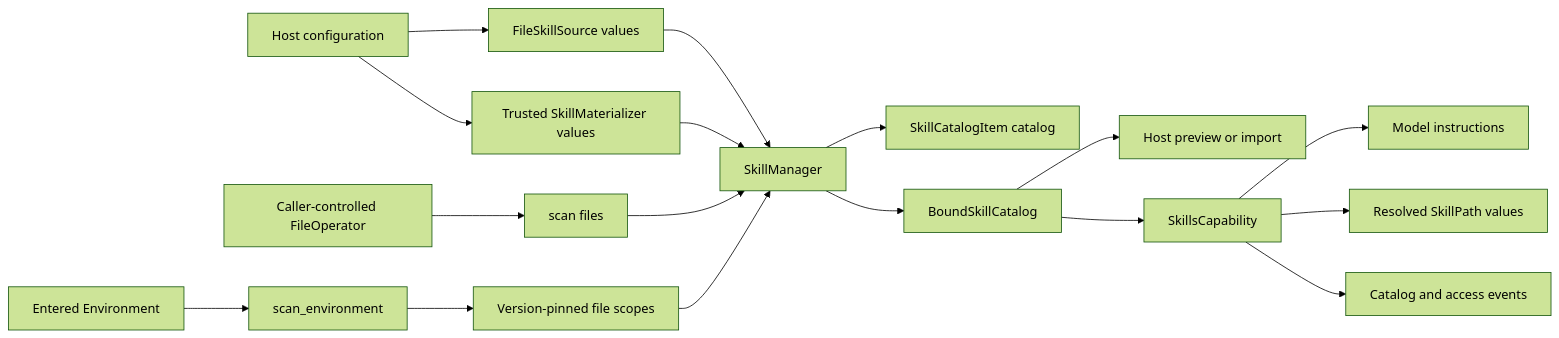
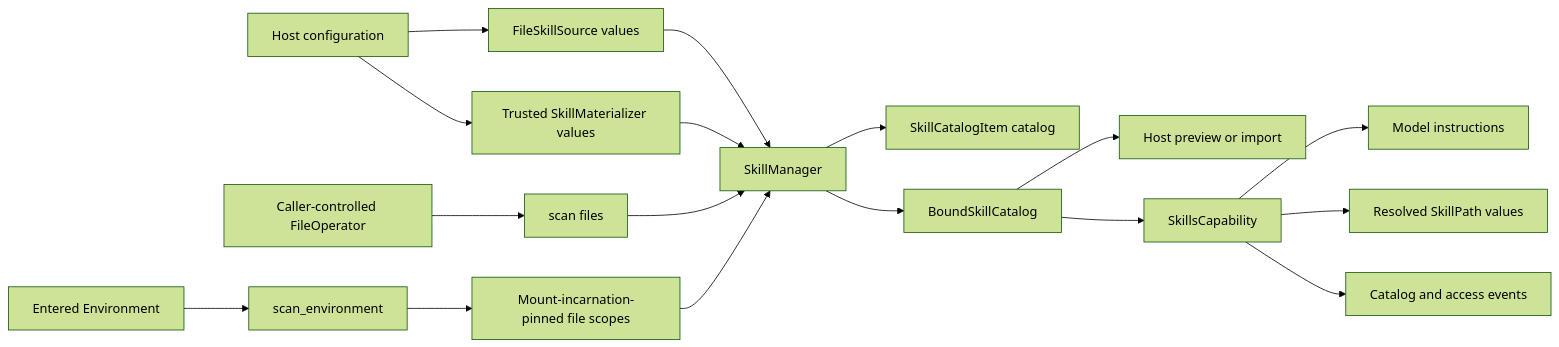
One commit to LTThreeComma/agent-foundation changed the diagram in docs/agent-harness/skills.md. Above: the diagram before and after it, drawn with Mermaid (forest theme). The commit also changed other lines of this file and 135 other files, not shown here.

````diff
--- a/docs/agent-harness/skills.md
+++ b/docs/agent-harness/skills.md
@@ -14,22 +14,22 @@
 ```mermaid
 flowchart LR
     Host[Host configuration] --> Sources[FileSkillSource values]
     Host --> Materializers[Trusted SkillMaterializer values]
     Sources --> Manager[SkillManager]
     Materializers --> Manager
 
     Direct[Caller-controlled FileOperator] --> DirectScan[scan files]
     DirectScan --> Manager
     Manager --> Catalog[SkillCatalogItem catalog]
 
     Environment[Entered Environment] --> BoundScan[scan_environment]
-    BoundScan --> Scopes[Version-pinned file scopes]
+    BoundScan --> Scopes[Mount-incarnation-pinned file scopes]
     Scopes --> Manager
     Manager --> BoundCatalog[BoundSkillCatalog]
 
     BoundCatalog --> HostImport[Host preview or import]
     BoundCatalog --> Capability[SkillsCapability]
     Capability --> Instructions[Model instructions]
     Capability --> Paths[Resolved SkillPath values]
     Capability --> Events[Catalog and access events]
 ```
````
